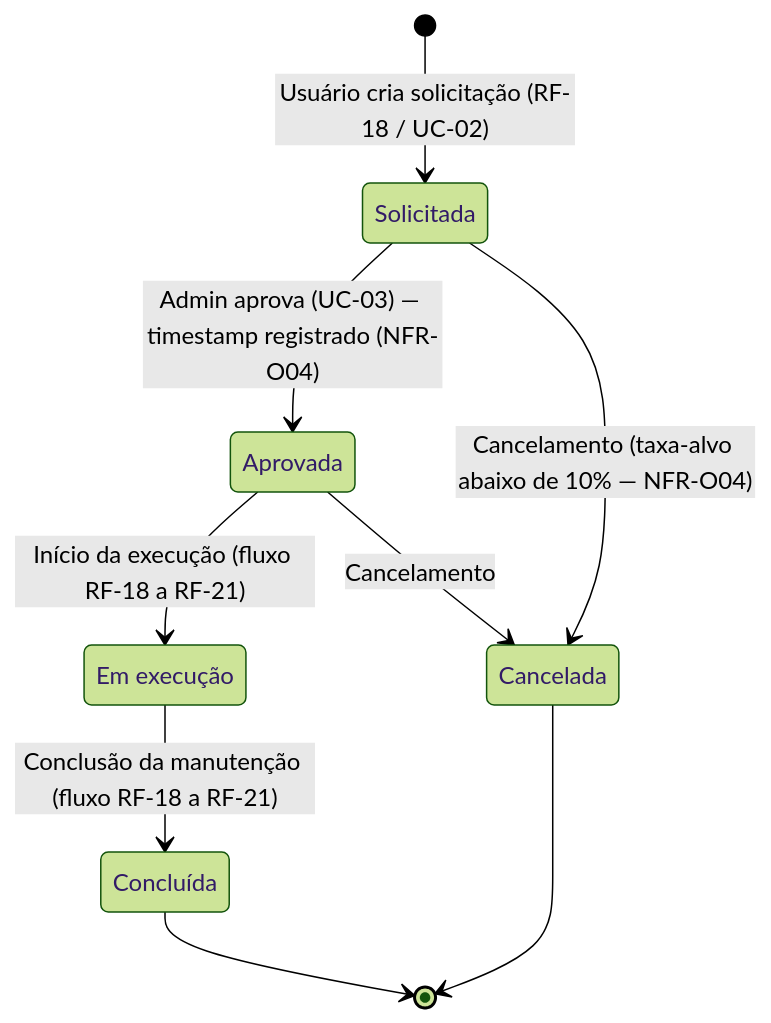
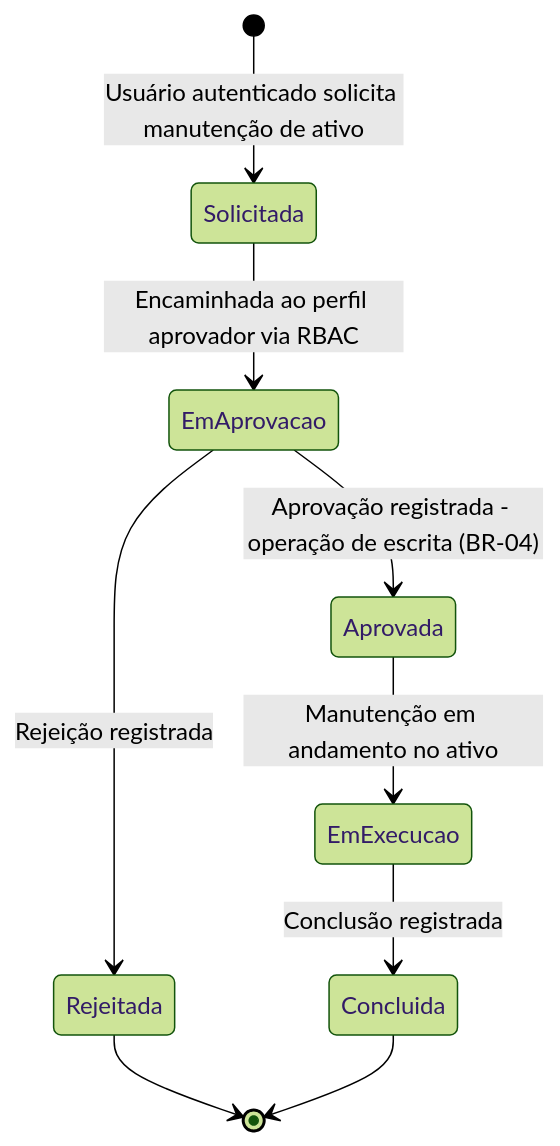
The tenth of 10 diagrams in docs/03-architecture/uml-diagrams.md (diogo-rp-menezes/aegispatrimonio), drawn with Mermaid (forest theme) before and after one commit. The commit also changed other lines of this file and 49 other files, not shown here.

````diff
--- a/docs/03-architecture/uml-diagrams.md
+++ b/docs/03-architecture/uml-diagrams.md
@@ -312,17 +300,11 @@
 ```mermaid
 stateDiagram-v2
-    state "Solicitada" as Solicitada
-    state "Aprovada" as Aprovada
-    state "Em execução" as EmExecucao
-    state "Concluída" as Concluida
-    state "Cancelada" as Cancelada
-
-    [*] --> Solicitada: Usuário cria solicitação (RF-18 / UC-02)
-    Solicitada --> Aprovada: Admin aprova (UC-03) — timestamp registrado (NFR-O04)
-    Solicitada --> Cancelada: Cancelamento (taxa-alvo abaixo de 10% — NFR-O04)
-    Aprovada --> EmExecucao: Início da execução (fluxo RF-18 a RF-21)
-    Aprovada --> Cancelada: Cancelamento
-    EmExecucao --> Concluida: Conclusão da manutenção (fluxo RF-18 a RF-21)
+    [*] --> Solicitada: Usuário autenticado solicita manutenção de ativo
+    Solicitada --> EmAprovacao: Encaminhada ao perfil aprovador via RBAC
+    EmAprovacao --> Aprovada: Aprovação registrada - operação de escrita (BR-04)
+    EmAprovacao --> Rejeitada: Rejeição registrada
+    Aprovada --> EmExecucao: Manutenção em andamento no ativo
+    EmExecucao --> Concluida: Conclusão registrada
+    Rejeitada --> [*]
     Concluida --> [*]
-    Cancelada --> [*]
 ```
````
